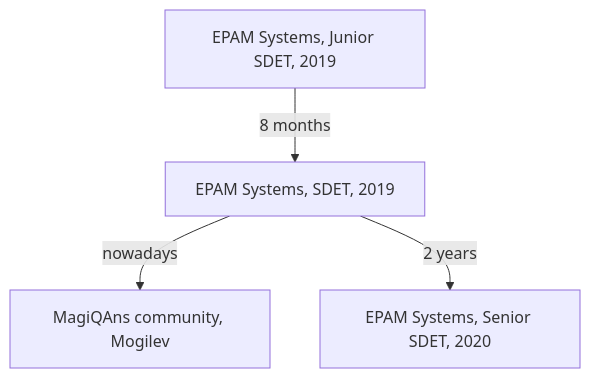
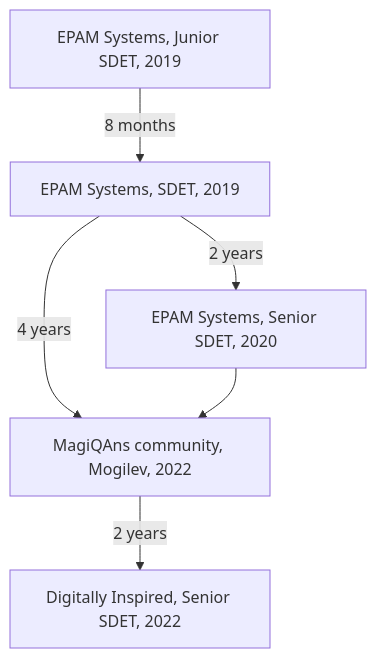
The first of 2 diagrams in README.md (vitalics/vitalics), drawn with Mermaid before and after one commit.

Commit message:
update career path

````diff
--- a/README.md
+++ b/README.md
@@ -29,6 +29,7 @@
 ```mermaid
 flowchart TB
     A[EPAM Systems, Junior SDET, 2019] -->|8 months| B
-    B --> |nowadays| D[MagiQAns community, Mogilev]
-    B[EPAM Systems, SDET, 2019] -->|2 years| C[EPAM Systems, Senior SDET, 2020]
+    B --> |4 years| D[MagiQAns community, Mogilev, 2022]
+    B[EPAM Systems, SDET, 2019] -->|2 years| C[EPAM Systems, Senior SDET, 2020] --> D
+    D -->|2 years| E[Digitally Inspired, Senior SDET, 2022]
 ```
````
